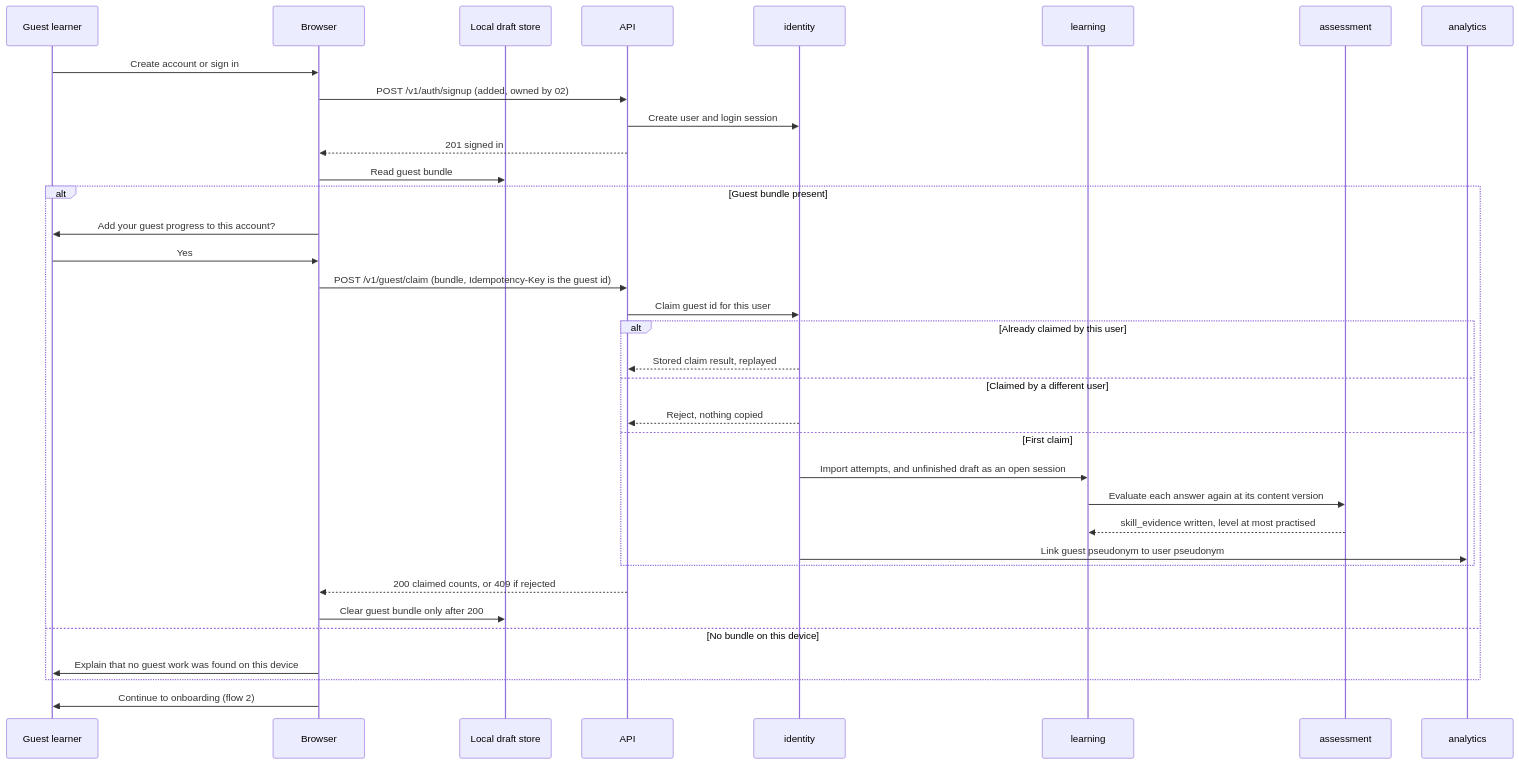
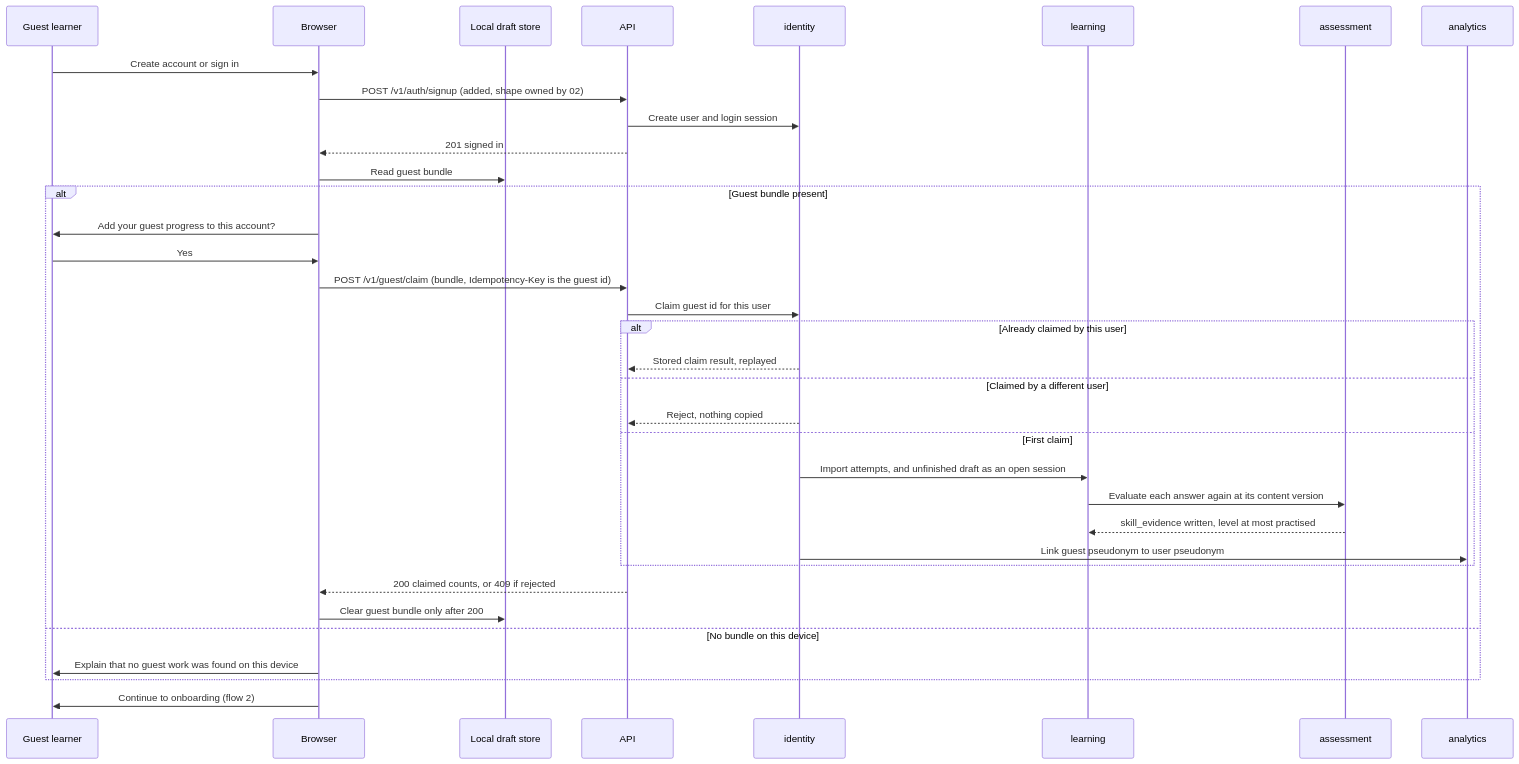
Before and after one commit to GhanshyamSoni68/app_idea: the third of 19 diagrams in devstep/docs/03-key-flows.md, drawn with Mermaid. The commit also changed other lines of this file and 5 other files, not shown here.

````diff
--- a/devstep/docs/03-key-flows.md
+++ b/devstep/docs/03-key-flows.md
@@ -180,37 +175,37 @@
 ```mermaid
 sequenceDiagram
     participant L as Guest learner
     participant B as Browser
     participant LS as Local draft store
     participant API
     participant ID as identity
     participant LRN as learning
     participant ASM as assessment
     participant AN as analytics
     L->>B: Create account or sign in
-    B->>API: POST /v1/auth/signup (added, owned by 02)
+    B->>API: POST /v1/auth/signup (added, shape owned by 02)
     API->>ID: Create user and login session
     API-->>B: 201 signed in
     B->>LS: Read guest bundle
     alt Guest bundle present
         B->>L: Add your guest progress to this account?
         L->>B: Yes
         B->>API: POST /v1/guest/claim (bundle, Idempotency-Key is the guest id)
         API->>ID: Claim guest id for this user
         alt Already claimed by this user
             ID-->>API: Stored claim result, replayed
         else Claimed by a different user
             ID-->>API: Reject, nothing copied
         else First claim
             ID->>LRN: Import attempts, and unfinished draft as an open session
             LRN->>ASM: Evaluate each answer again at its content version
             ASM-->>LRN: skill_evidence written, level at most practised
             ID->>AN: Link guest pseudonym to user pseudonym
         end
         API-->>B: 200 claimed counts, or 409 if rejected
         B->>LS: Clear guest bundle only after 200
     else No bundle on this device
         B->>L: Explain that no guest work was found on this device
     end
     B->>L: Continue to onboarding (flow 2)
 ```
````
